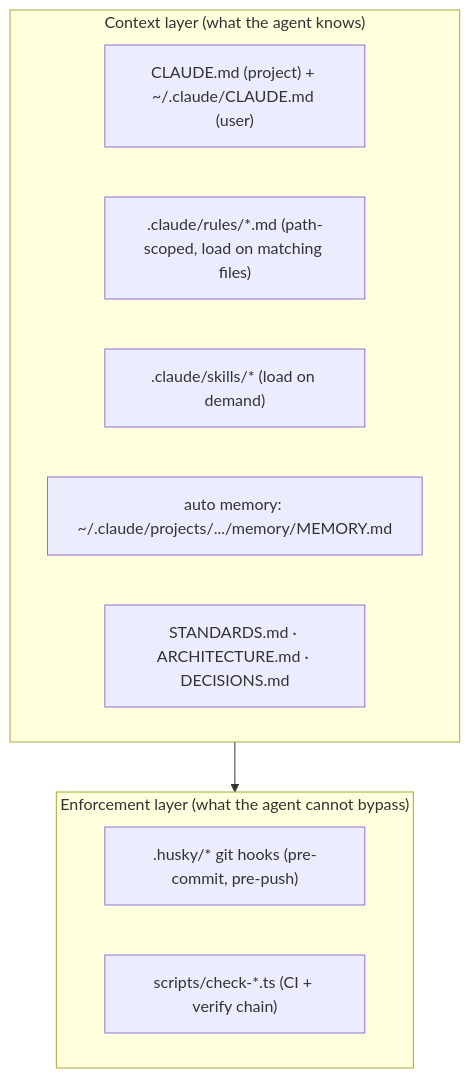
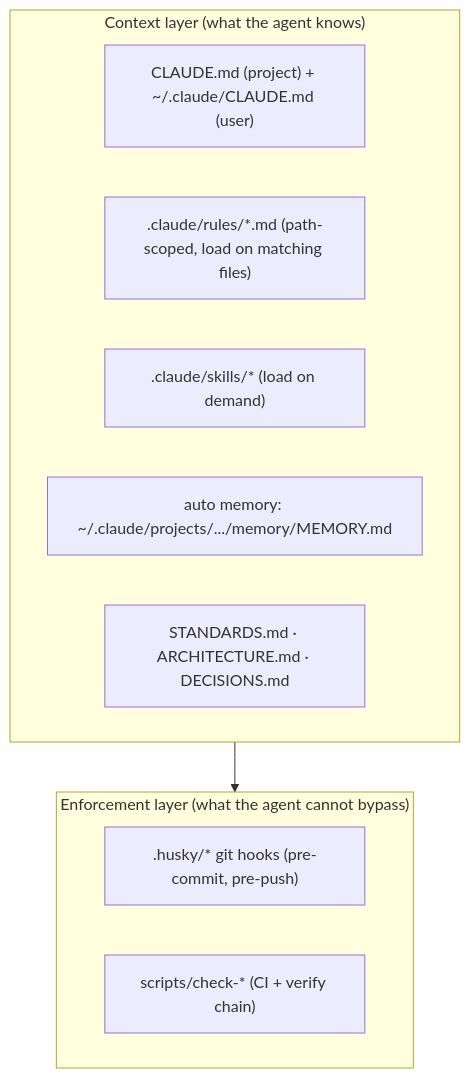
Before and after one commit to erikunha/portfolio: the diagram in docs/06-ai-development.md, drawn with Mermaid. The commit also changed other lines of this file and 15 other files, not shown here.

````diff
--- a/docs/06-ai-development.md
+++ b/docs/06-ai-development.md
@@ -7,15 +7,15 @@
 ```mermaid
 flowchart TB
     subgraph ctx["Context layer (what the agent knows)"]
         cl["CLAUDE.md (project) + ~/.claude/CLAUDE.md (user)"]
         rules[".claude/rules/*.md (path-scoped, load on matching files)"]
         skills[".claude/skills/* (load on demand)"]
         mem["auto memory: ~/.claude/projects/.../memory/MEMORY.md"]
         docs["STANDARDS.md · ARCHITECTURE.md · DECISIONS.md"]
     end
     subgraph enf["Enforcement layer (what the agent cannot bypass)"]
         husky[".husky/* git hooks (pre-commit, pre-push)"]
-        gates["scripts/check-*.ts (CI + verify chain)"]
+        gates["scripts/check-* (CI + verify chain)"]
     end
     ctx --> enf
 ```
````
